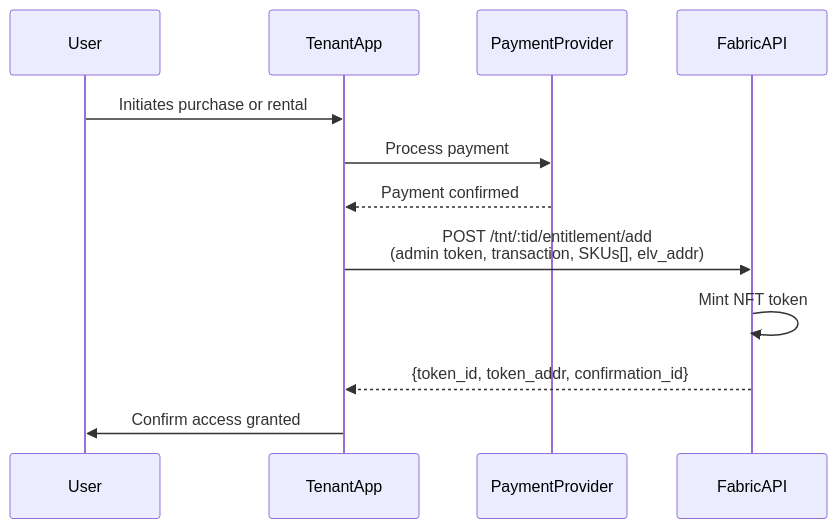
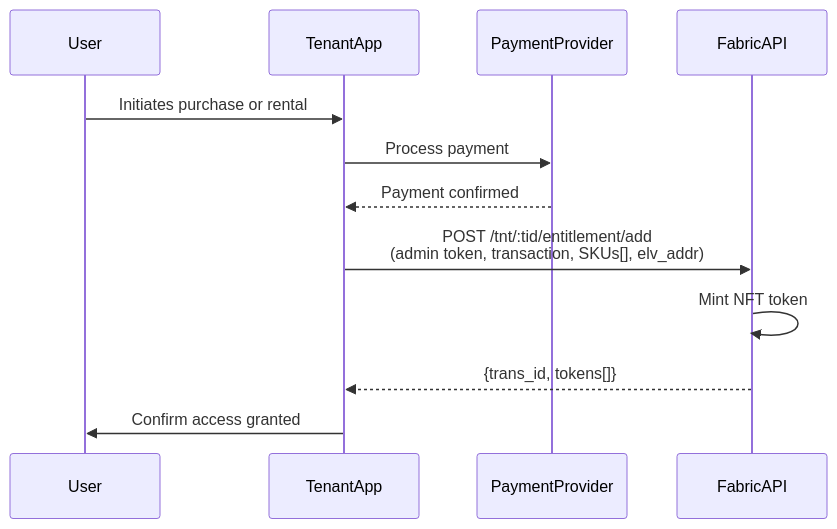
One commit to eluv-io/elv-docs changed the third of 3 diagrams in media-wallet/purchase/README.md. Above: the diagram before and after it, drawn with Mermaid. The commit also changed 2 other files, not shown here.

Commit message:
fix flow (#15)

````diff
--- a/media-wallet/purchase/README.md
+++ b/media-wallet/purchase/README.md
@@ -67,15 +67,15 @@
 ```mermaid
 sequenceDiagram
     participant User
     participant TenantApp
     participant PaymentProvider
     participant FabricAPI
 
     User->>TenantApp: Initiates purchase or rental
     TenantApp->>PaymentProvider: Process payment
     PaymentProvider-->>TenantApp: Payment confirmed
     TenantApp->>FabricAPI: POST /tnt/:tid/entitlement/add<br/>(admin token, transaction, SKUs[], elv_addr)
     FabricAPI->>FabricAPI: Mint NFT token
-    FabricAPI-->>TenantApp: {token_id, token_addr, confirmation_id}
+    FabricAPI-->>TenantApp: {trans_id, tokens[]}
     TenantApp->>User: Confirm access granted
 ```
````
